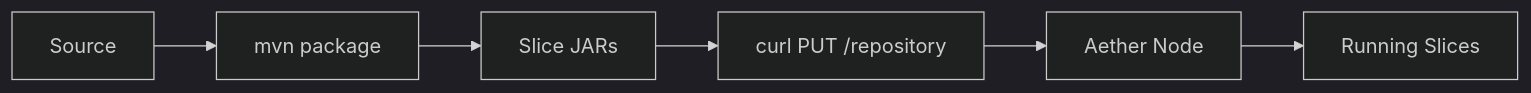
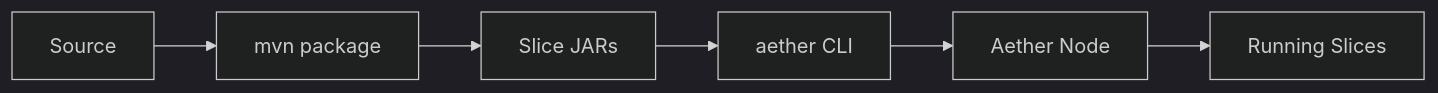
One commit to pragmaticalabs/pragmatica changed the second of 2 diagrams in aether/docs/slice-developers/deployment.md. Above: the diagram before and after it, drawn with Mermaid (dark theme). The commit also changed other lines of this file and 7 other files, not shown here.

````diff
--- a/aether/docs/slice-developers/deployment.md
+++ b/aether/docs/slice-developers/deployment.md
@@ -21,8 +21,8 @@
 ```mermaid
 flowchart LR
     A[Source] --> B[mvn package]
     B --> C[Slice JARs]
-    C --> D[curl PUT /repository]
+    C --> D[aether CLI]
     D --> E[Aether Node]
     E --> F[Running Slices]
 ```
````
